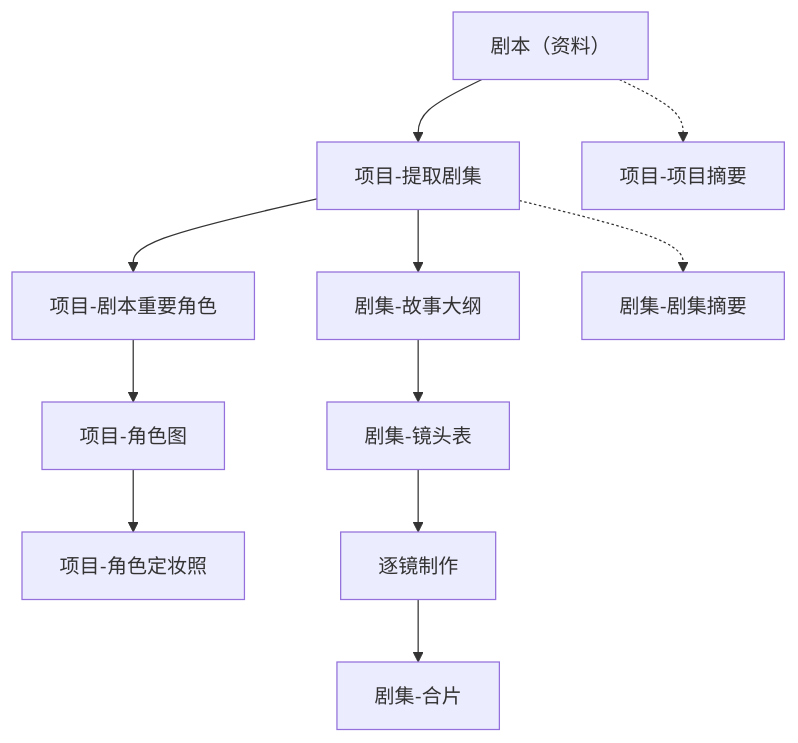
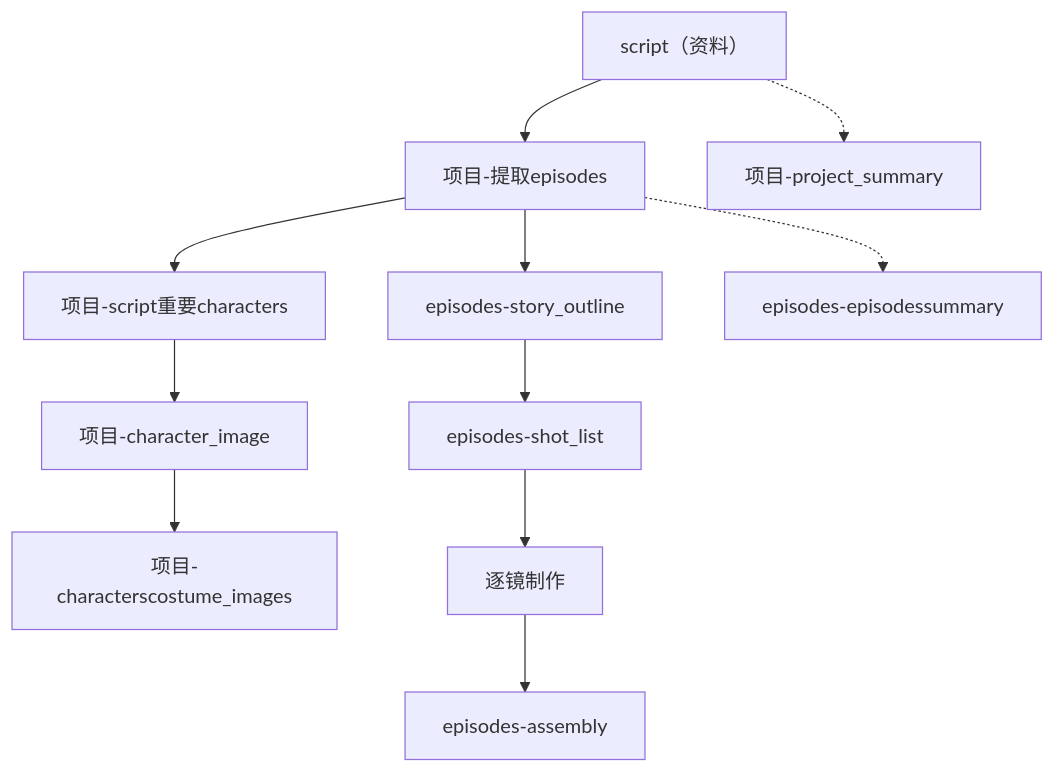
The first of 2 diagrams in meiji/dev_docs/制作工作流.md (senbenyi/meiji-harness), drawn with Mermaid before and after one commit. The commit also changed 43 other files, not shown here.

````diff
--- a/meiji/dev_docs/制作工作流.md
+++ b/meiji/dev_docs/制作工作流.md
@@ -11,20 +11,20 @@
 ```mermaid
 flowchart TD
-  script["剧本（资料）"]
-  split["项目-提取剧集"]
-  people["项目-剧本重要角色"]
-  fig["项目-角色图"]
-  look["项目-角色定妆照"]
-  outline["剧集-故事大纲"]
-  board["剧集-镜头表"]
+  script["script（资料）"]
+  split["项目-提取episodes"]
+  people["项目-script重要characters"]
+  fig["项目-character_image"]
+  look["项目-characterscostume_images"]
+  outline["episodes-story_outline"]
+  board["episodes-shot_list"]
   shot["逐镜制作"]
-  asm["剧集-合片"]
-  psum["项目-项目摘要"]
-  esum["剧集-剧集摘要"]
+  asm["episodes-assembly"]
+  psum["项目-project_summary"]
+  esum["episodes-episodessummary"]
 
   script --> split
   split --> people --> fig --> look
   split --> outline --> board --> shot --> asm
   script -.-> psum
   split -.-> esum
 ```
````
